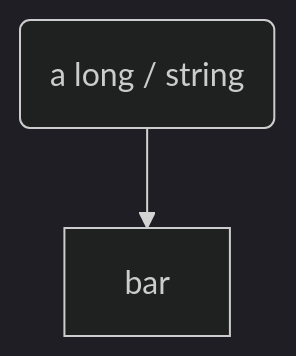
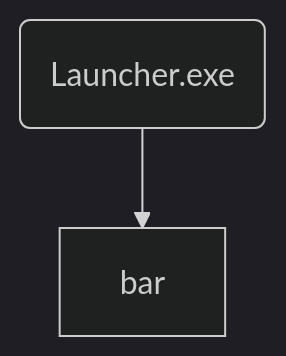
One commit to funjobie/OpenSwordArtsVR changed diagram 14 of 16 in sandbox/MerMaid_diagram_integration.md. Above: the diagram before and after it, drawn with Mermaid (dark theme). The commit also changed other lines of this file, not shown here.

````diff
--- a/sandbox/MerMaid_diagram_integration.md
+++ b/sandbox/MerMaid_diagram_integration.md
@@ -195,4 +195,4 @@
 ```mermaid
 flowchart TD
-    foo(a long / string) --> bar
+    foo(Launcher.exe) --> bar
 ```
````
